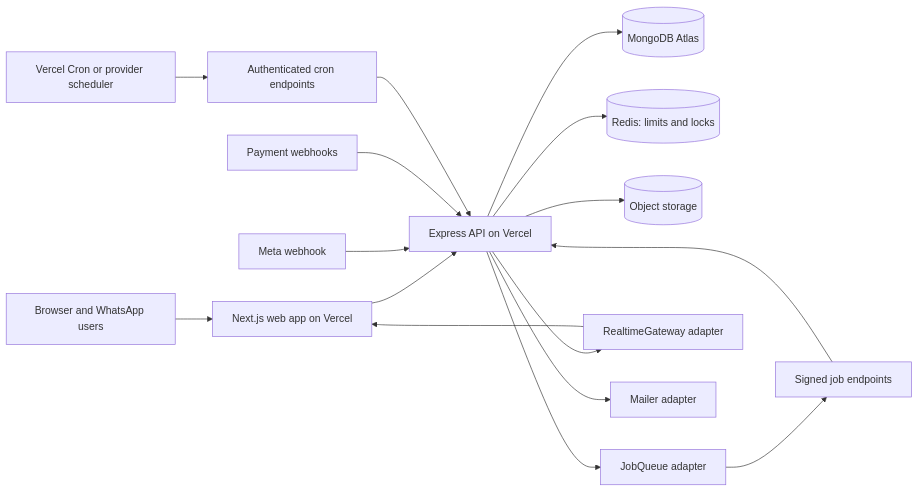
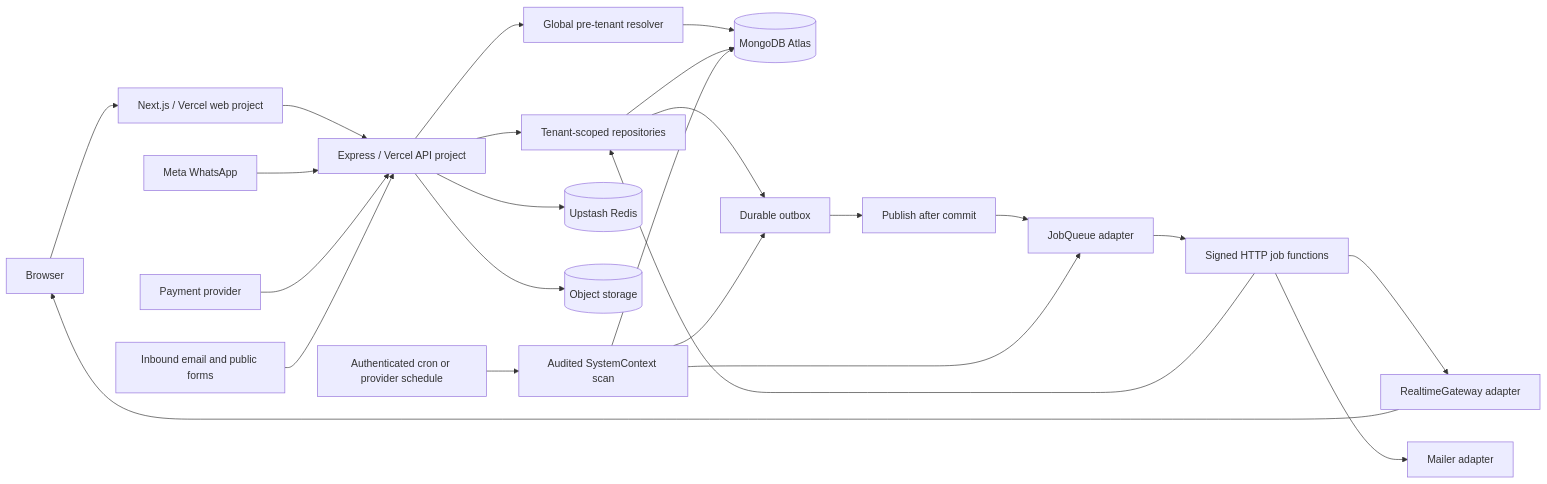
One commit to UXdeveloper0524/my_dear_kaaryasthan changed the diagram in docs/ARCHITECTURE.md. Above: the diagram before and after it, drawn with Mermaid. The commit also changed other lines of this file and 6 other files, not shown here.

Commit message:
docs: revise data model, permissions and architecture

````diff
--- a/docs/ARCHITECTURE.md
+++ b/docs/ARCHITECTURE.md
@@ -7,18 +7,26 @@
 ```mermaid
 flowchart LR
-  Browser[Browser and WhatsApp users] --> Web[Next.js web app on Vercel]
-  Web --> API[Express API on Vercel]
-  WhatsApp[Meta webhook] --> API
-  Payment[Payment webhooks] --> API
-  API --> Mongo[(MongoDB Atlas)]
-  API --> Redis[(Redis: limits and locks)]
+  Browser[Browser] --> Web[Next.js / Vercel web project]
+  Web --> API[Express / Vercel API project]
+  Meta[Meta WhatsApp] --> API
+  Billing[Payment provider] --> API
+  Inbound[Inbound email and public forms] --> API
+  API --> Resolver[Global pre-tenant resolver]
+  Resolver --> Atlas[(MongoDB Atlas)]
+  API --> TenantRepo[Tenant-scoped repositories]
+  TenantRepo --> Atlas
+  API --> Redis[(Upstash Redis)]
   API --> Storage[(Object storage)]
-  API --> Queue[JobQueue adapter]
-  Queue --> JobEndpoints[Signed job endpoints]
-  JobEndpoints --> API
-  Cron[Vercel Cron or provider scheduler] --> CronEndpoints[Authenticated cron endpoints]
-  CronEndpoints --> API
-  API --> Realtime[RealtimeGateway adapter]
-  Realtime --> Web
-  API --> Mail[Mailer adapter]
+  TenantRepo --> Outbox[Durable outbox]
+  Outbox --> Publisher[Publish after commit]
+  Publisher --> Queue[JobQueue adapter]
+  Scheduler[Authenticated cron or provider schedule] --> System[Audited SystemContext scan]
+  System --> Atlas
+  System --> Queue
+  System --> Outbox
+  Queue --> Jobs[Signed HTTP job functions]
+  Jobs --> TenantRepo
+  Jobs --> Realtime[RealtimeGateway adapter]
+  Realtime --> Browser
+  Jobs --> Mail[Mailer adapter]
 ```
````
